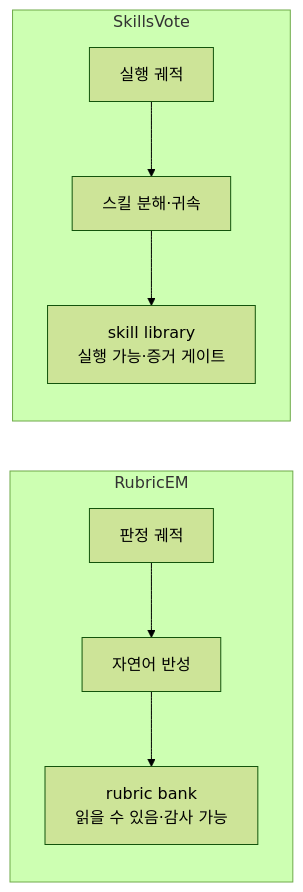
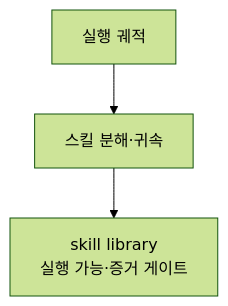
Before and after one commit to pheeree/pheeree.github.io: the fifth of 5 diagrams in _posts/2026-06-07-rubricem-shared-interface-meta-rl.md, drawn with Mermaid (forest theme). The commit also changed other lines of this file and 10 other files, not shown here.

First line of the commit message:
fix: mermaid subgraph 규약 전면 소급 적용 (10편)

````diff
--- a/_posts/2026-06-07-rubricem-shared-interface-meta-rl.md
+++ b/_posts/2026-06-07-rubricem-shared-interface-meta-rl.md
@@ -125,9 +134,4 @@
 ```mermaid
-flowchart LR
-  subgraph RE["RubricEM"]
-    R1["판정 궤적"] --> R2["자연어 반성"] --> R3["rubric bank\n읽을 수 있음·감사 가능"]
-  end
-  subgraph SV["SkillsVote"]
-    S1["실행 궤적"] --> S2["스킬 분해·귀속"] --> S3["skill library\n실행 가능·증거 게이트"]
-  end
+flowchart TB
+  S1["실행 궤적"] --> S2["스킬 분해·귀속"] --> S3["skill library\n실행 가능·증거 게이트"]
 ```
````
